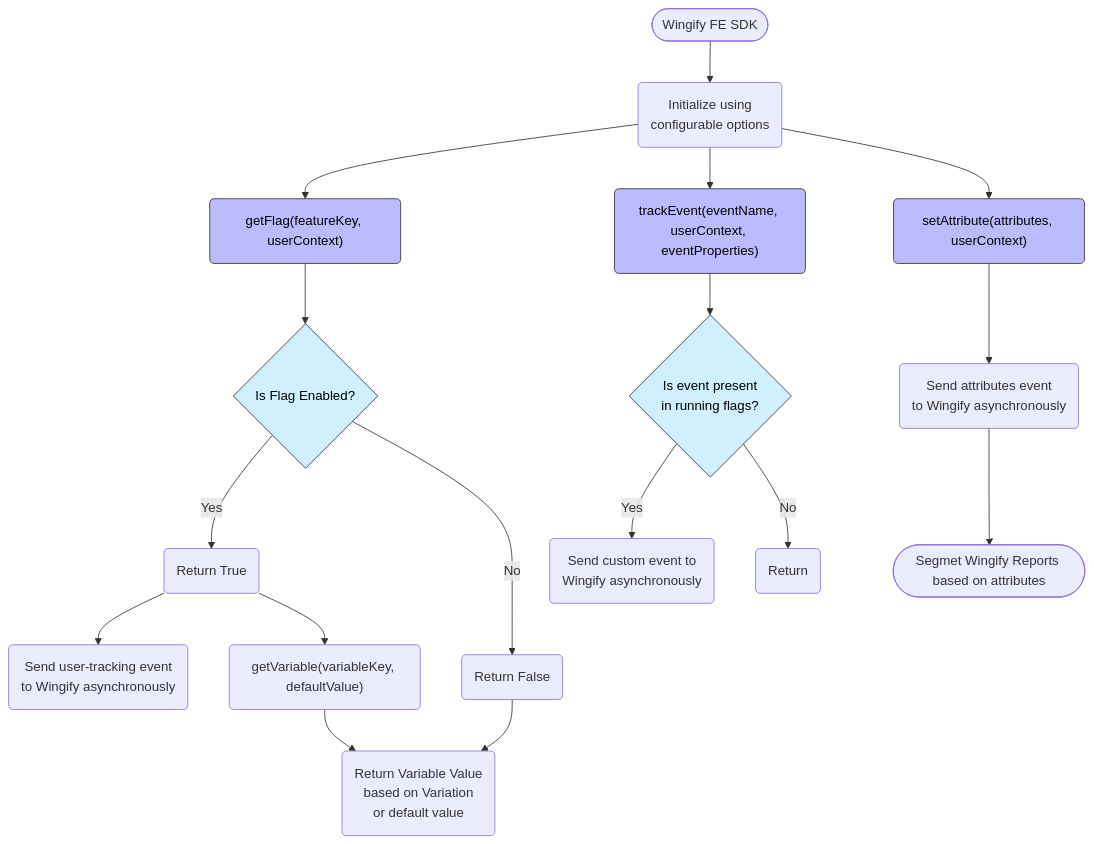
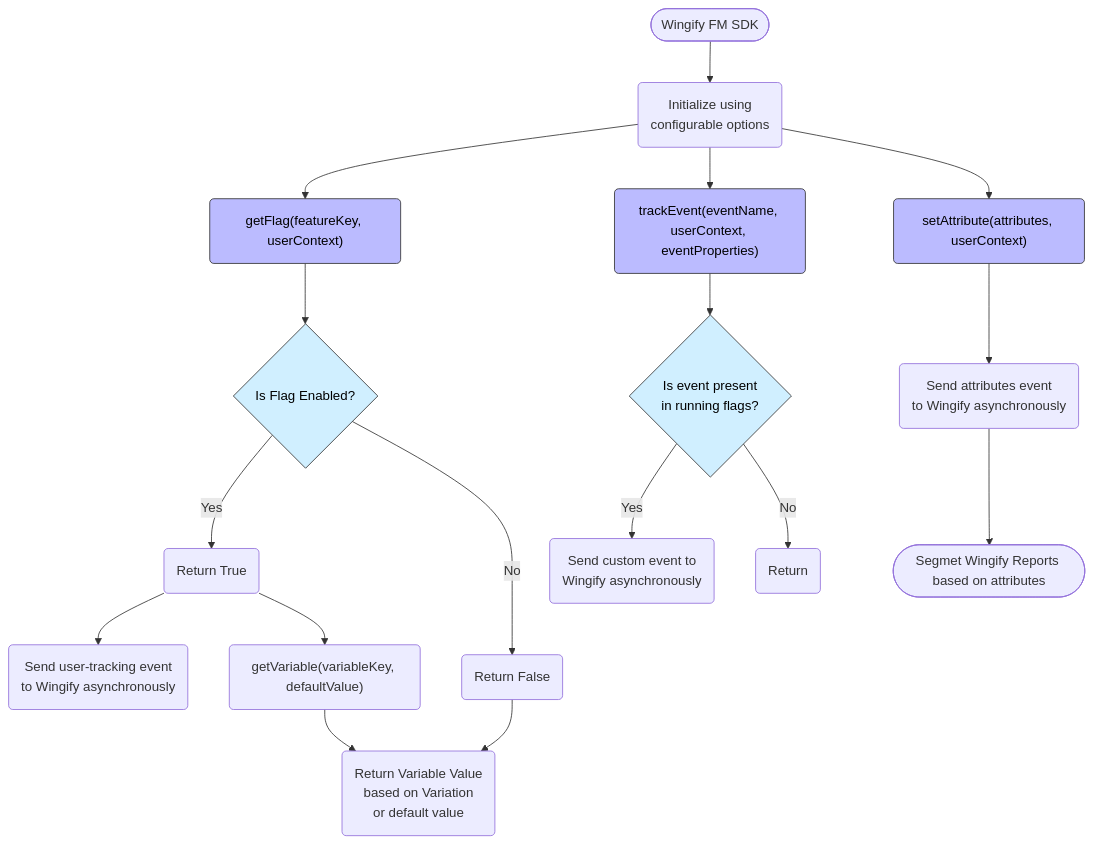
One commit to wingify/readme-central changed the first of 3 diagrams in docs/SDK Reference/fme-sdk-architecture.md. Above: the diagram before and after it, drawn with Mermaid. The commit also changed other lines of this file and 192 other files, not shown here.

````diff
--- a/docs/SDK Reference/fme-sdk-architecture.md
+++ b/docs/SDK Reference/fme-sdk-architecture.md
@@ -12,44 +12,44 @@
 ```mermaid
 flowchart TD
-    A0(["Wingify FE SDK"]) --> A("Initialize using<br/>configurable options")
+    A0(["Wingify FM SDK"]) --> A("Initialize using<br/>configurable options")
     A --> Y("getFlag(featureKey, userContext)")
     A --> X("trackEvent(eventName, userContext, eventProperties)")
     A --> Z("setAttribute(attributes, userContext)")
 
     %% getFlag & getVariable Flow
     Y --> Y1{"Is Flag Enabled?"}
     Y1 -- Yes --> Y2("Return True")
     Y1 -- No --> Y4("Return False")
     Y2 --> Y22("Send user-tracking event<br/>to Wingify asynchronously")
     Y2 --> Y3("getVariable(variableKey, defaultValue)")
     Y3 --> Y5("Return Variable Value<br/>based on Variation<br/>or default value")
     Y4 --> Y5
 
     %% trackEvent Flow
     X --> X1{"Is event present<br/>in running flags?"}
     X1 -- Yes --> X2("Send custom event to<br/>Wingify asynchronously")
     X1 -- No --> X3("Return")
 
     %% setAttribute Flow
     Z --> Z1("Send attributes event<br/>to Wingify asynchronously")
     Z1 --> Z2("Segment Wingify reports<br/>based on these attributes")
     Z2(["Segmet Wingify Reports based on attributes"])
 
     %% Assign classes
     class Y getFlag
     class X trackEvent
     class Z setAttribute
     class Y1 conditional
     class X1 conditional
 
     %% Define styles
     classDef getFlag fill:#bbf,stroke:#333,stroke-width:1px,color:#000
     classDef trackEvent fill:#bbf,stroke:#333,stroke-width:1px,color:#000
     classDef setAttribute fill:#bbf,stroke:#333,stroke-width:1px,color:#000
     classDef conditional fill:#d0efff,stroke:#333,stroke-width:1px,color:#000
 
     %% style X2 stroke:#7373ff,stroke-width:2px
     %% style Y22 stroke:#7373ff,stroke-width:2px
     %% style Z1 stroke:#7373ff,stroke-width:2px
 
 ```
````
